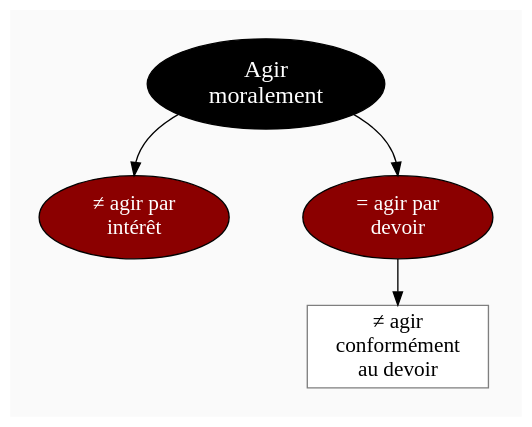
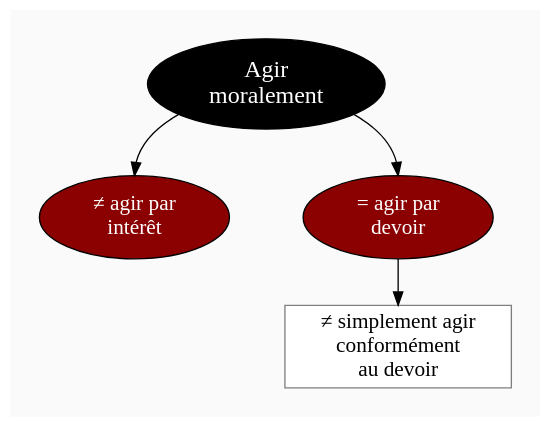
One commit to eyssette/graphviz-examples changed the diagram in diagram/kant-par-devoir-conformement-au-devoir.dot. Above: the diagram before and after it, drawn with Graphviz.

```diff
--- a/diagram/kant-par-devoir-conformement-au-devoir.dot
+++ b/diagram/kant-par-devoir-conformement-au-devoir.dot
@@ -1,66 +1,66 @@
 digraph G {
 // Template : diagram
 // Usage : 
 //rankdir=LR
 splines=true
 //splines=curved
 bgcolor=grey98
 pad=0.3
 style=filled
 edge[minlen=4]
 node[style=filled, fontcolor=white]
 ranksep=0.1
 nodesep=0.2
 
 // NIVEAU 1
 node[fillcolor=12, fontsize=18]
 a1[label="Agir
 moralement"]
 
 // NIVEAU 2
 node[fillcolor=red4, fontsize=16]
 a1->{
 b1[label="≠ agir par
 intérêt"]    
 b2[label="= agir par
 devoir"]
 }[headport=n]
 
 {rank=same;b1->b2[style=invis]}
 
 node[fontcolor=black]
 // NIVEAU 3 (sans intermédiaire)
 node [shape=box, fillcolor=white, color=grey50]
 // c1[label=""]
 b2->c1
-c1[label="≠ agir
+c1[label="≠ simplement agir
 conformément
 au devoir"]
 
 // INTERMÉDIAIRE AVANT NIVEAU 3
 node[fillcolor=grey78, shape=oval]
 // [arrowhead=none]
 // bc1[label=""]
 
 // NIVEAU 3 (avec intermédiaire)
 node[fillcolor=white, shape=box, color=grey50]
 // c1[label=""]
 
 // NIVEAU 4
 node[style="filled,rounded", fillcolor=white, shape=box, color=grey50]
 // d1[label=""]
 
 // ÉTIQUETTES EN ROUGE
 node[shape=plaintext, fontcolor=firebrick3, fillcolor=grey98]
 // e1[label=< <B>= Titre</B><BR /><BR />Contenu<BR /> >]
 // e1[label=""]
 // ->e1[minlen=1, style=invis]
 
 // REMARQUES EN BLEU
 node[color=blue, shape=box, margin=0.07, fontcolor=black, fontsize=12, style="dashed", penwidth=0.6]
 edge[color=blue, arrowhead="none", xlabel="", style="dashed", penwidth=0.6]
 // r1[label=""]
 // {rank=same;->r1}
 // {rank=same;r1->[dir=back]}
 
 }
```
